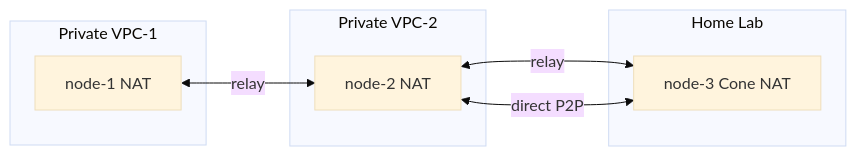
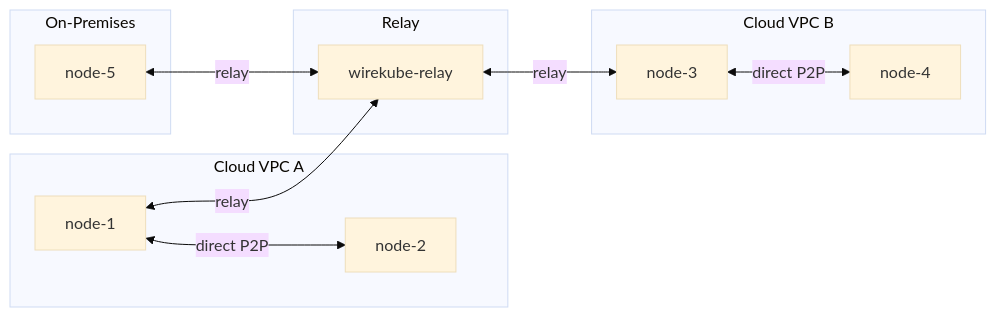
Before and after one commit to inerplat/wirekube: the diagram in README.md, drawn with Mermaid (base theme). The commit also changed other lines of this file and 2 other files, not shown here.

````diff
--- a/README.md
+++ b/README.md
@@ -10,15 +11,22 @@
 ```mermaid
 flowchart LR
-    subgraph VPC1["Private VPC-1"]
-        N1[node-1 NAT]
+    subgraph VPC-A["Cloud VPC A"]
+        N1[node-1]
+        N2[node-2]
     end
-    subgraph VPC2["Private VPC-2"]
-        N2[node-2 NAT]
+    subgraph VPC-B["Cloud VPC B"]
+        N3[node-3]
+        N4[node-4]
     end
-    subgraph Home["Home Lab"]
-        N3[node-3 Cone NAT]
+    subgraph OnPrem["On-Premises"]
+        N5[node-5]
     end
-    N1 <-->|relay| N2
-    N2 <-->|relay| N3
-    N2 <-->|direct P2P| N3
+    subgraph Relay
+        R[wirekube-relay]
+    end
+    N1 <-->|direct P2P| N2
+    N3 <-->|direct P2P| N4
+    N1 <-->|relay| R
+    R <-->|relay| N3
+    N5 <-->|relay| R
 ```
````
